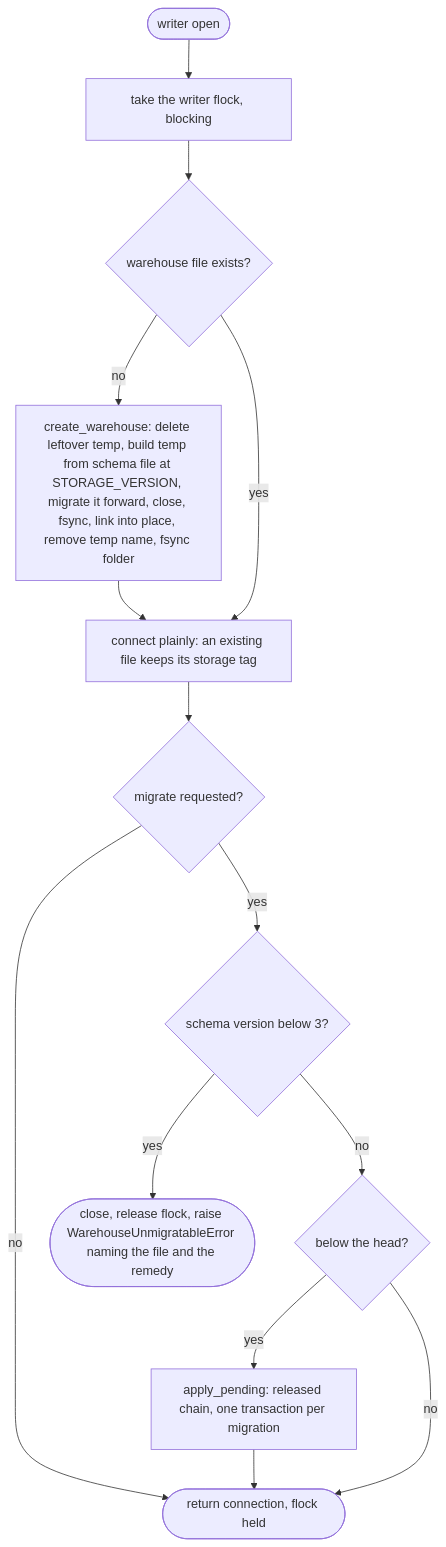
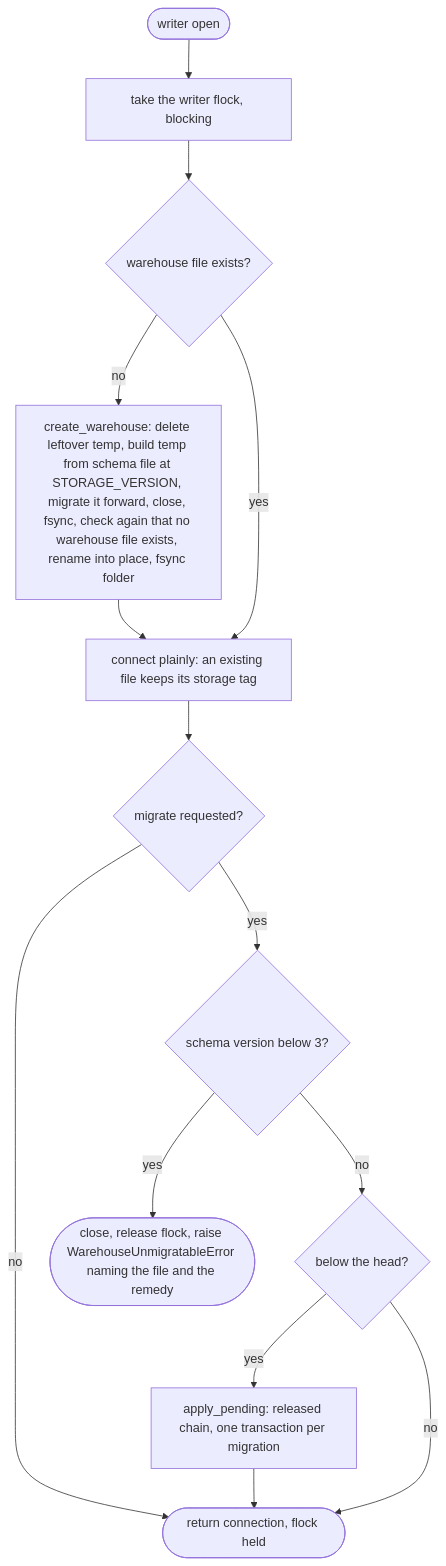
One commit to Texarkanine/stockroom changed the diagram in memory-bank/active/tasks.md. Above: the diagram before and after it, drawn with Mermaid. The commit also changed other lines of this file and 2 other files, not shown here.

````diff
--- a/memory-bank/active/tasks.md
+++ b/memory-bank/active/tasks.md
@@ -15,15 +15,15 @@
 ```mermaid
 flowchart TD
   start([writer open]) --> lock[take the writer flock, blocking]
   lock --> exists{warehouse file exists?}
-  exists -- no --> create[create_warehouse: delete leftover temp, build temp from schema file at STORAGE_VERSION, migrate it forward, close, fsync, link into place, remove temp name, fsync folder]
+  exists -- no --> create[create_warehouse: delete leftover temp, build temp from schema file at STORAGE_VERSION, migrate it forward, close, fsync, check again that no warehouse file exists, rename into place, fsync folder]
   create --> connect
   exists -- yes --> connect[connect plainly: an existing file keeps its storage tag]
   connect --> gate{migrate requested?}
   gate -- no --> done([return connection, flock held])
   gate -- yes --> floor{schema version below 3?}
   floor -- yes --> stop([close, release flock, raise WarehouseUnmigratableError naming the file and the remedy])
   floor -- no --> behind{below the head?}
   behind -- yes --> apply[apply_pending: released chain, one transaction per migration] --> done
   behind -- no --> done
 ```
````
